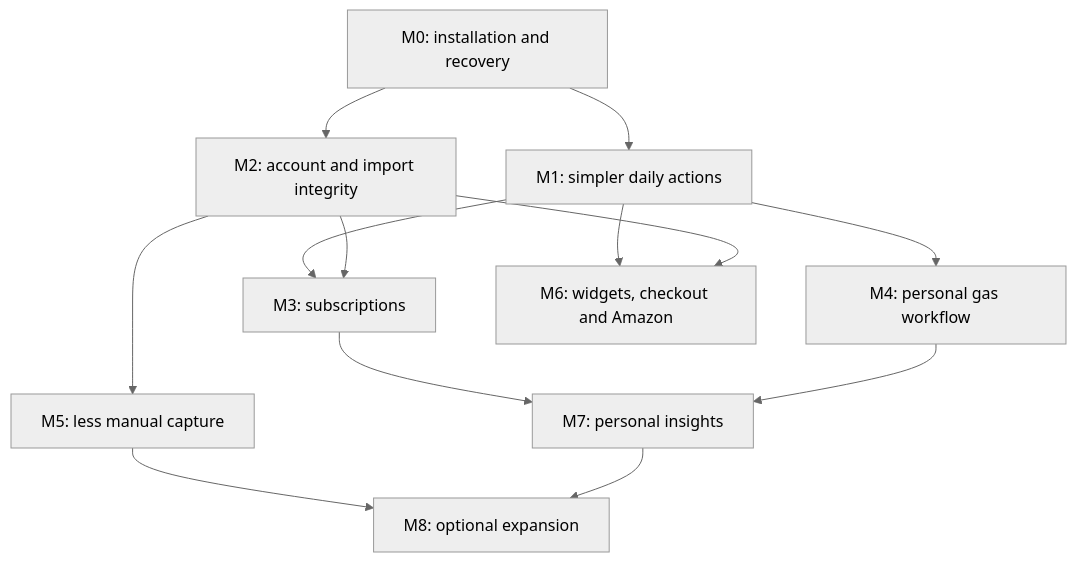
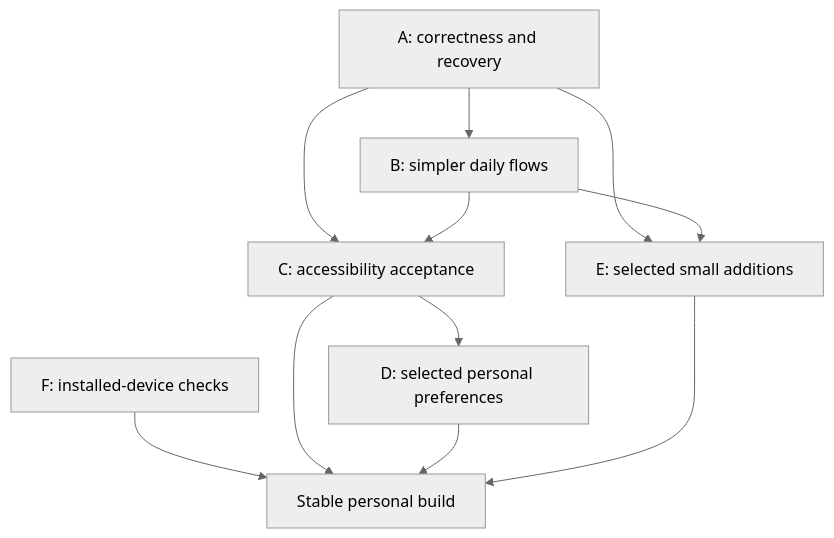
One commit to ninofedericodefeo-commits/appname changed the diagram in ROADMAP.md. Above: the diagram before and after it, drawn with Mermaid (neutral theme). The commit also changed other lines of this file and 7 other files, not shown here.

Commit message:
Audit remaining app weaknesses and define final personal-use roadmap

````diff
--- a/ROADMAP.md
+++ b/ROADMAP.md
@@ -145,15 +182,13 @@
 ```mermaid
 flowchart TD
-  M0["M0: installation and recovery"] --> M1["M1: simpler daily actions"]
-  M0 --> M2["M2: account and import integrity"]
-  M1 --> M3["M3: subscriptions"]
-  M2 --> M3
-  M1 --> M4["M4: personal gas workflow"]
-  M2 --> M5["M5: less manual capture"]
-  M1 --> M6["M6: widgets, checkout and Amazon"]
-  M2 --> M6
-  M3 --> M7["M7: personal insights"]
-  M4 --> M7
-  M5 --> M8["M8: optional expansion"]
-  M7 --> M8
+  A["A: correctness and recovery"] --> B["B: simpler daily flows"]
+  A --> C["C: accessibility acceptance"]
+  B --> C
+  C --> D["D: selected personal preferences"]
+  A --> E["E: selected small additions"]
+  B --> E
+  F["F: installed-device checks"] --> G["Stable personal build"]
+  C --> G
+  D --> G
+  E --> G
 ```
````
